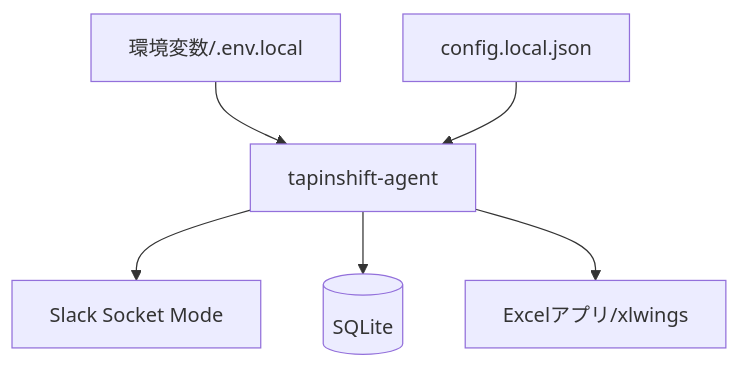
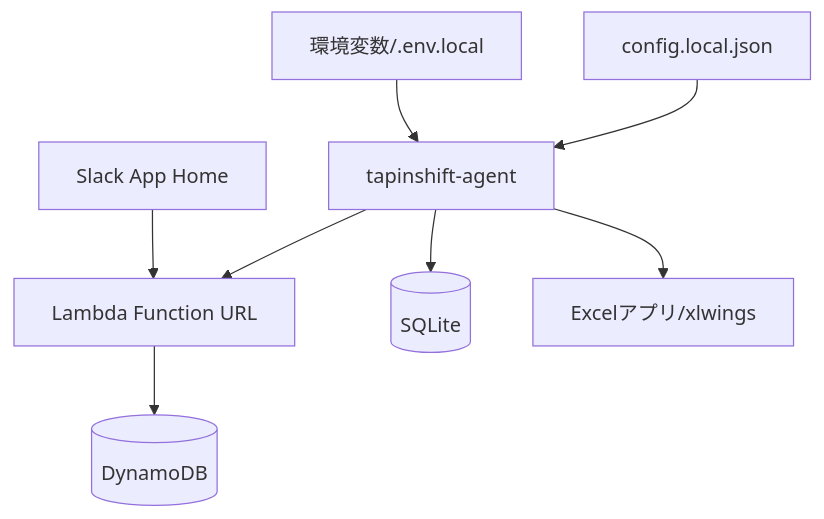
Before and after one commit to Shintaro-Abe/TapInShift: the first of 2 diagrams in docs/architecture.md, drawn with Mermaid. The commit also changed other lines of this file and 39 other files, not shown here.

````diff
--- a/docs/architecture.md
+++ b/docs/architecture.md
@@ -24,8 +26,10 @@
 ```mermaid
 graph TD
+    SLACK[Slack App Home] --> LAMBDA[Lambda Function URL]
+    LAMBDA --> DDB[(DynamoDB)]
     ENV[環境変数/.env.local] --> APP[tapinshift-agent]
     CFG[config.local.json] --> APP
-    APP --> SLACK[Slack Socket Mode]
+    APP --> LAMBDA
     APP --> DB[(SQLite)]
     APP --> EXCEL[Excelアプリ/xlwings]
 ```
````
